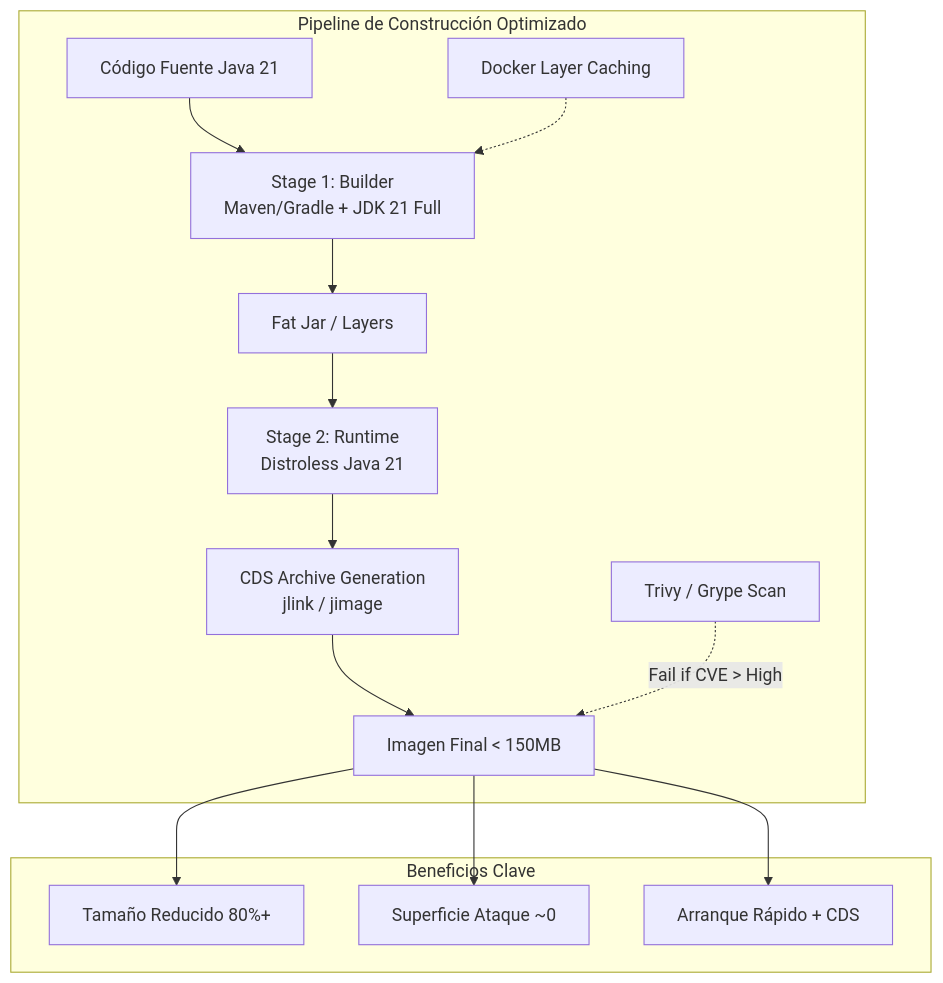
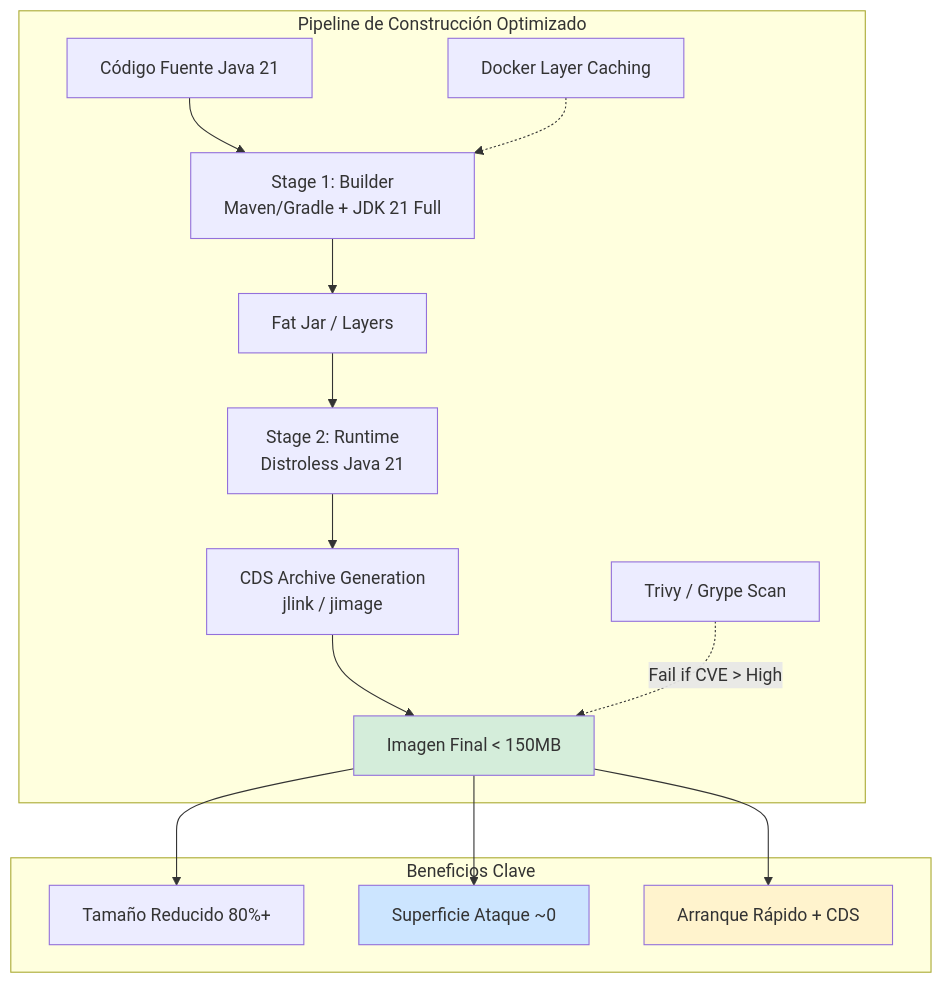
Before and after one commit to Joaquinriosheredia/DAM-Java-Mastery: the first of 3 diagrams in 05_SRE_DevOps/docker_avanzado_java_21_optimizacion_STAFF.md, drawn with Mermaid. The commit also changed other lines of this file, not shown here.

Commit message:
docker_avanzado_java_21_optimizacion_STAFF.md

````diff
--- a/05_SRE_DevOps/docker_avanzado_java_21_optimizacion_STAFF.md
+++ b/05_SRE_DevOps/docker_avanzado_java_21_optimizacion_STAFF.md
@@ -31,20 +71,24 @@
 ```mermaid
 graph TD
     subgraph "Pipeline de Construcción Optimizado"
-        SRC[Código Fuente Java 21] --> BUILD[Stage 1: Builder<br>Maven/Gradle + JDK 21 Full]
+        SRC[Código Fuente Java 21] --> BUILD[Stage 1: Builder<br/>Maven/Gradle + JDK 21 Full]
         BUILD --> JAR[Fat Jar / Layers]
         
-        JAR --> RUNTIME[Stage 2: Runtime<br>Distroless Java 21]
-        RUNTIME --> OPTIM[CDS Archive Generation<br>jlink / jimage]
+        JAR --> RUNTIME[Stage 2: Runtime<br/>Distroless Java 21]
+        RUNTIME --> OPTIM[CDS Archive Generation<br/>jlink / jimage]
         OPTIM --> FINAL[Imagen Final < 150MB]
         
         SEC[Trivy / Grype Scan] -.->|Fail if CVE > High| FINAL
         CACHE[Docker Layer Caching] -.-> BUILD
     end
     
     subgraph "Beneficios Clave"
         FINAL --> SIZE[Tamaño Reducido 80%+]
         FINAL --> SECURE[Superficie Ataque ~0]
         FINAL --> FAST[Arranque Rápido + CDS]
     end
+    
+    style FINAL fill:#d4edda
+    style SECURE fill:#cce5ff
+    style FAST fill:#fff3cd
 ```
````
